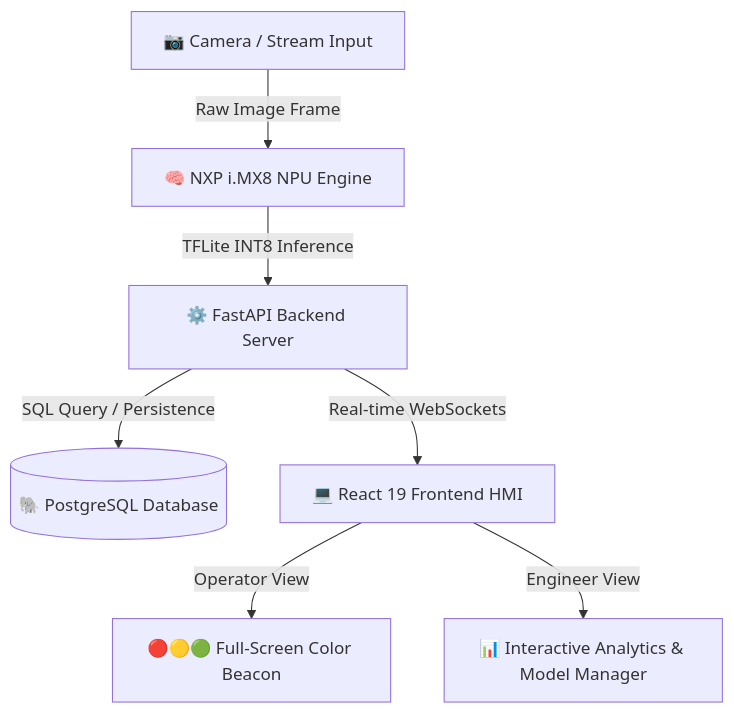
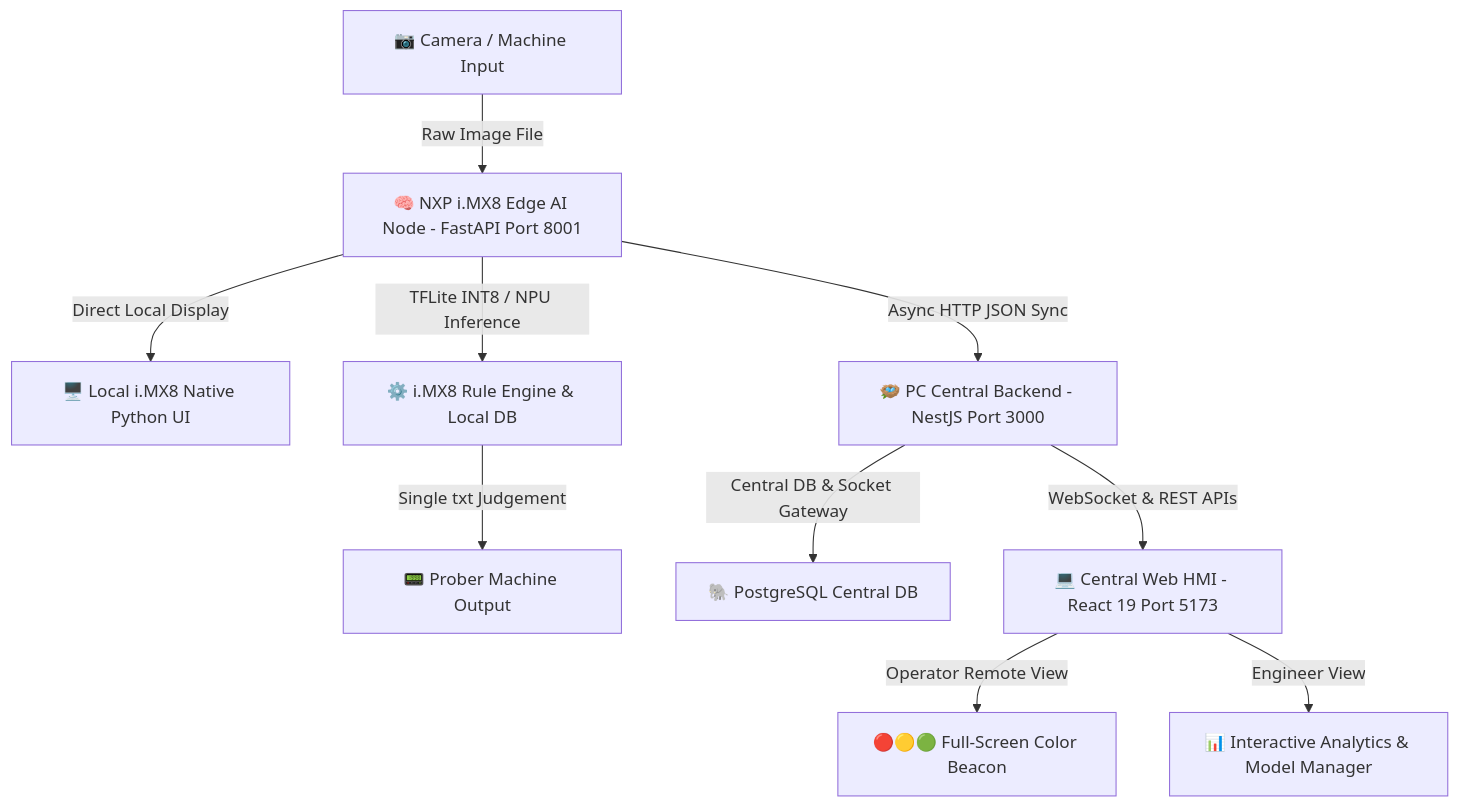
The diagram in README.md (kasidetnxp/AI_inspection_1by1), drawn with Mermaid before and after one commit. The commit also changed other lines of this file and 23 other files, not shown here.

Commit message:
Update inspection rule criteria, UI table alignment, temp display, and config analysis

````diff
--- a/README.md
+++ b/README.md
@@ -20,9 +20,12 @@
 ```mermaid
 graph TD
-    A[📷 Camera / Stream Input] -->|Raw Image Frame| B[🧠 NXP i.MX8 NPU Engine]
-    B -->|TFLite INT8 Inference| C[⚙️ FastAPI Backend Server]
-    C -->|SQL Query / Persistence| D[(🐘 PostgreSQL Database)]
-    C -->|Real-time WebSockets| E[💻 React 19 Frontend HMI]
-    E -->|Operator View| F[🔴🟡🟢 Full-Screen Color Beacon]
-    E -->|Engineer View| G[📊 Interactive Analytics & Model Manager]
+    A[📷 Camera / Machine Input] -->|Raw Image File| B[🧠 NXP i.MX8 Edge AI Node - FastAPI Port 8001]
+    B -->|Direct Local Display| C[🖥️ Local i.MX8 Native Python UI]
+    B -->|TFLite INT8 / NPU Inference| D[⚙️ i.MX8 Rule Engine & Local DB]
+    D -->|Single txt Judgement| E[📟 Prober Machine Output]
+    B -->|Async HTTP JSON Sync| F[🪺 PC Central Backend - NestJS Port 3000]
+    F -->|Central DB & Socket Gateway| G[🐘 PostgreSQL Central DB]
+    F -->|WebSocket & REST APIs| H[💻 Central Web HMI - React 19 Port 5173]
+    H -->|Operator Remote View| I[🔴🟡🟢 Full-Screen Color Beacon]
+    H -->|Engineer View| J[📊 Interactive Analytics & Model Manager]
 ```
````
